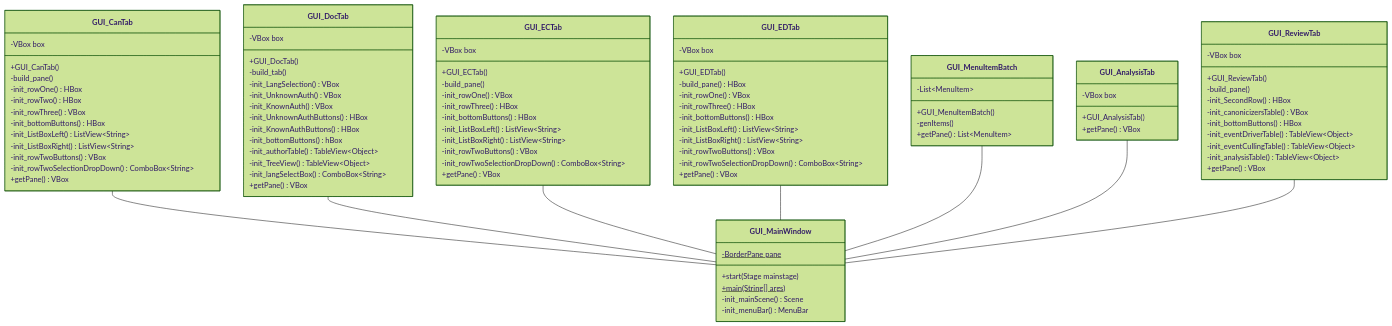
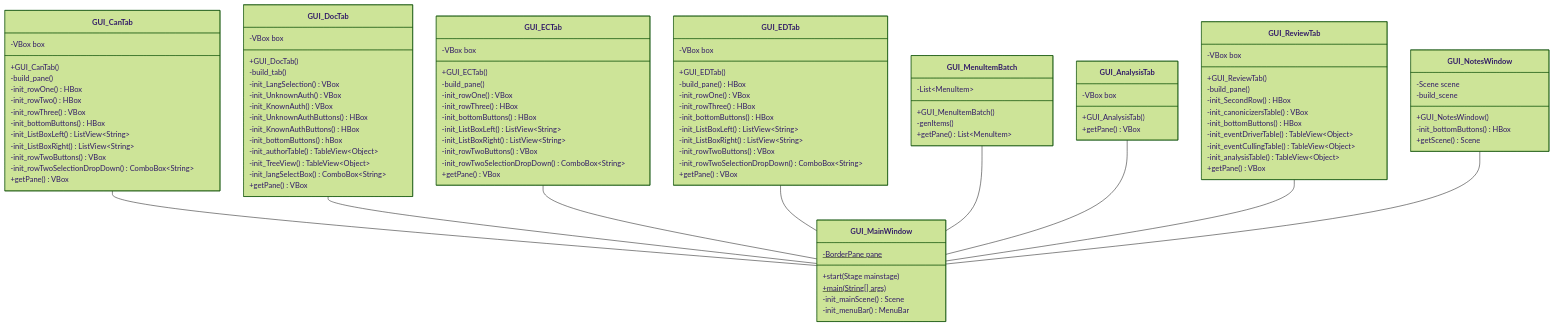
The diagram in Design.md (IComplainInComments/JGAAP_JavaFX), drawn with Mermaid (forest theme) before and after one commit. The commit also changed 3 other files, not shown here.

````diff
--- a/Design.md
+++ b/Design.md
@@ -11,6 +11,7 @@
     GUI_MenuItemBatch -- GUI_MainWindow
     GUI_AnalysisTab -- GUI_MainWindow
     GUI_ReviewTab -- GUI_MainWindow
+    GUI_NotesWindow -- GUI_MainWindow
 
     class GUI_CanTab{
         -VBox box
@@ -98,4 +99,11 @@
         -init_analysisTable() TableView~Object~
         +getPane() VBox
     }
+    class GUI_NotesWindow{
+        -Scene scene
+        +GUI_NotesWindow()
+        -build_scene
+        -init_bottomButtons() HBox
+        +getScene() Scene
+    }
 ```
````
